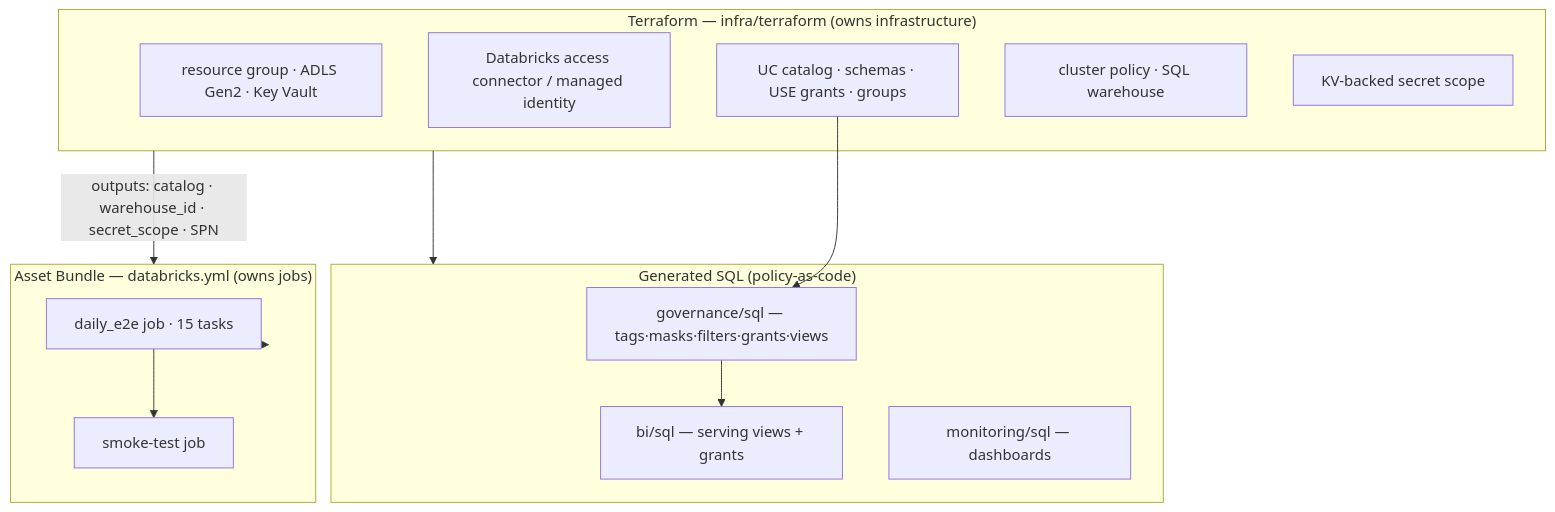
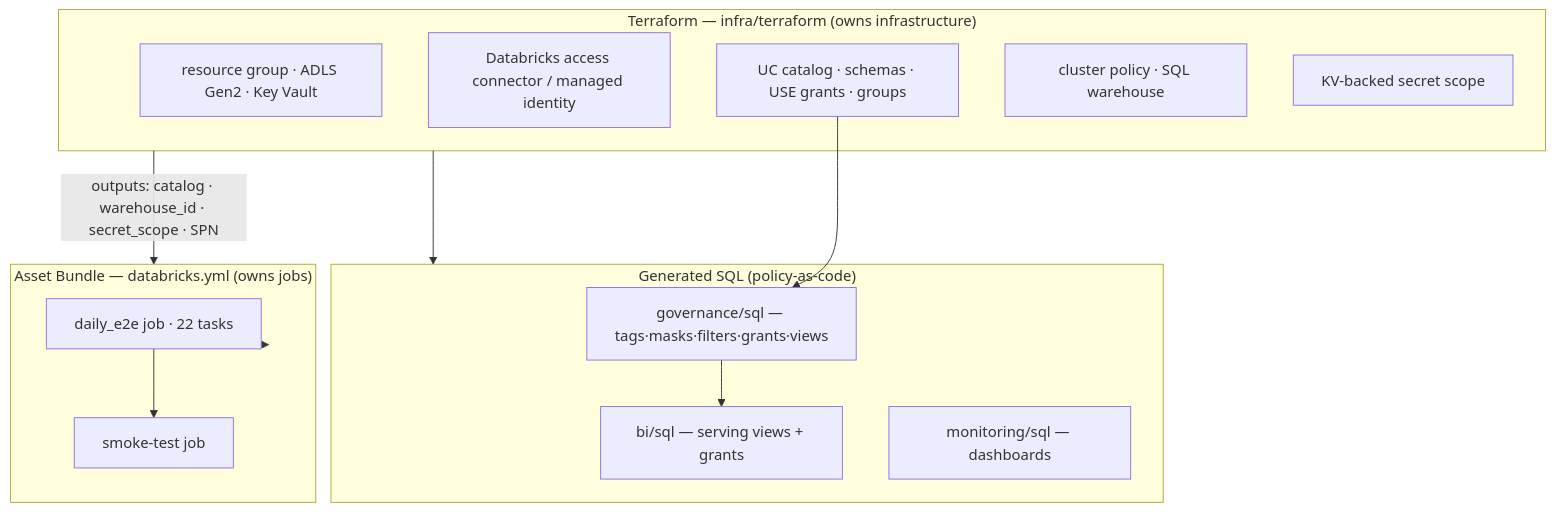
The fourth of 5 diagrams in docs/ARCHITECTURE.md (santnair0599/investsphere-payments), drawn with Mermaid before and after one commit. The commit also changed other lines of this file and 35 other files, not shown here.

````diff
--- a/docs/ARCHITECTURE.md
+++ b/docs/ARCHITECTURE.md
@@ -159,23 +169,23 @@
 ```mermaid
 flowchart TB
   subgraph TF["Terraform — infra/terraform (owns infrastructure)"]
     RG[resource group · ADLS Gen2 · Key Vault]
     AC[Databricks access connector / managed identity]
     UC[UC catalog · schemas · USE grants · groups]
     CMP[cluster policy · SQL warehouse]
     SEC[KV-backed secret scope]
   end
   subgraph SQL["Generated SQL (policy-as-code)"]
     GSQL[governance/sql — tags·masks·filters·grants·views]
     BSQL[bi/sql — serving views + grants]
     MSQL[monitoring/sql — dashboards]
   end
   subgraph AB["Asset Bundle — databricks.yml (owns jobs)"]
-    JOB[daily_e2e job · 15 tasks]
+    JOB[daily_e2e job · 22 tasks]
     SMK[smoke-test job]
   end
   TF -->|outputs: catalog · warehouse_id · secret_scope · SPN| AB
   TF --> SQL
   UC --> GSQL --> BSQL
   AB --> JOB --> SMK
 ```
````
